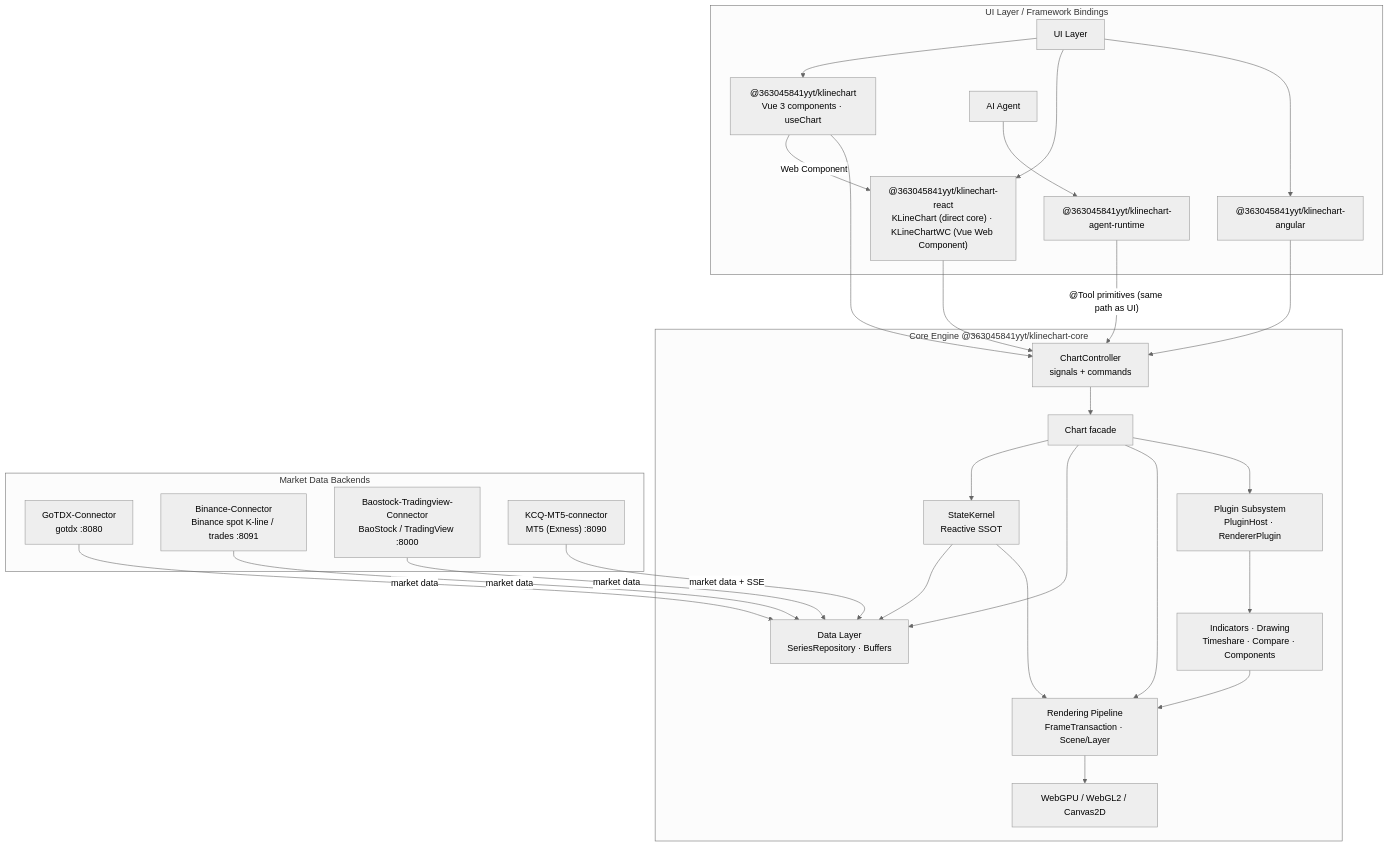
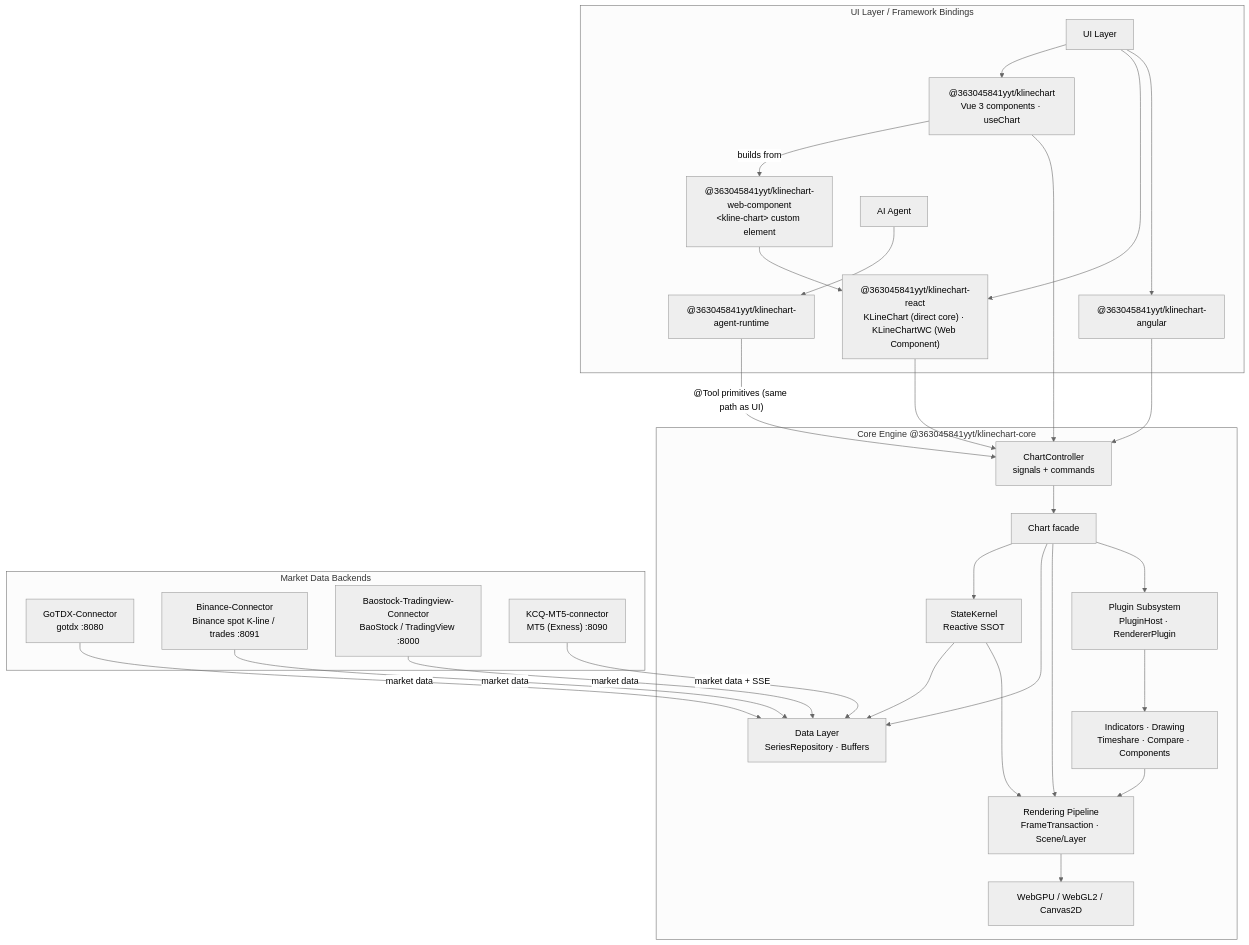
One commit to 363045841/KLineChartQuant changed the diagram in README.md. Above: the diagram before and after it, drawn with Mermaid (neutral theme). The commit also changed other lines of this file and 76 other files, not shown here.

Commit message:
feat(release)!: 拆分 Web Component 与编辑器页并发布 alpha.10

````diff
--- a/README.md
+++ b/README.md
@@ -75,53 +75,55 @@
 ```mermaid
 flowchart TB
     subgraph app["UI Layer / Framework Bindings"]
         UI["UI Layer"]
         VuePkg["@363045841yyt/klinechart<br/>Vue 3 components · useChart"]
-        ReactPkg["@363045841yyt/klinechart-react<br/>KLineChart (direct core) · KLineChartWC (Vue Web Component)"]
+        WCPkg["@363045841yyt/klinechart-web-component<br/>&lt;kline-chart&gt; custom element"]
+        ReactPkg["@363045841yyt/klinechart-react<br/>KLineChart (direct core) · KLineChartWC (Web Component)"]
         AngularPkg["@363045841yyt/klinechart-angular"]
         Agent["AI Agent"]
         AgentRt["@363045841yyt/klinechart-agent-runtime"]
     end
 
     subgraph core["Core Engine @363045841yyt/klinechart-core"]
         Ctl["ChartController<br/>signals + commands"]
         Chart["Chart facade"]
         Kernel["StateKernel<br/>Reactive SSOT"]
         Data["Data Layer<br/>SeriesRepository · Buffers"]
         Pipe["Rendering Pipeline<br/>FrameTransaction · Scene/Layer"]
         GPU["WebGPU / WebGL2 / Canvas2D"]
         Plugin["Plugin Subsystem<br/>PluginHost · RendererPlugin"]
         Biz["Indicators · Drawing<br/>Timeshare · Compare · Components"]
     end
 
     subgraph conn["Market Data Backends"]
         Go["GoTDX-Connector<br/>gotdx :8080"]
         Bn["Binance-Connector<br/>Binance spot K-line / trades :8091"]
         Bs["Baostock-Tradingview-Connector<br/>BaoStock / TradingView :8000"]
         Mt["KCQ-MT5-connector<br/>MT5 (Exness) :8090"]
     end
 
     UI --> VuePkg
     UI --> ReactPkg
     UI --> AngularPkg
-    VuePkg -->|"Web Component"| ReactPkg
+    VuePkg -->|"builds from"| WCPkg
+    WCPkg --> ReactPkg
     Agent --> AgentRt
     VuePkg --> Ctl
     ReactPkg --> Ctl
     AngularPkg --> Ctl
     AgentRt -->|"@Tool primitives (same path as UI)"| Ctl
     Ctl --> Chart
     Chart --> Kernel
     Chart --> Data
     Chart --> Pipe
     Chart --> Plugin
     Plugin --> Biz
     Biz --> Pipe
     Pipe --> GPU
     Go -->|market data| Data
     Bn -->|market data| Data
     Bs -->|market data| Data
     Mt -->|"market data + SSE"| Data
     Kernel --> Data
     Kernel --> Pipe
 ```
````
